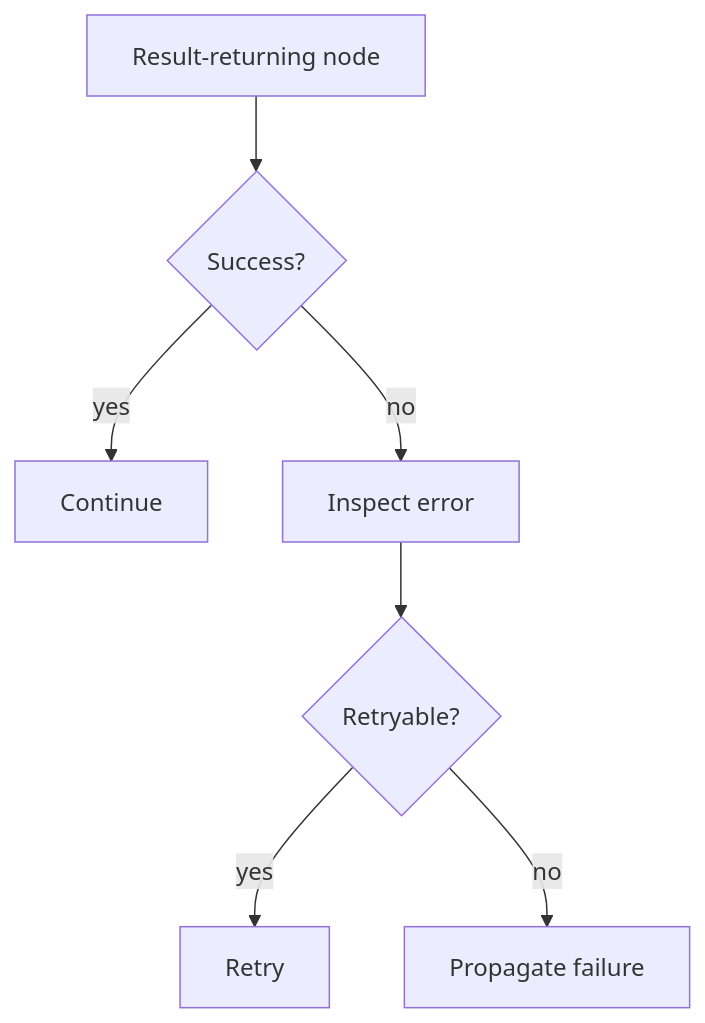
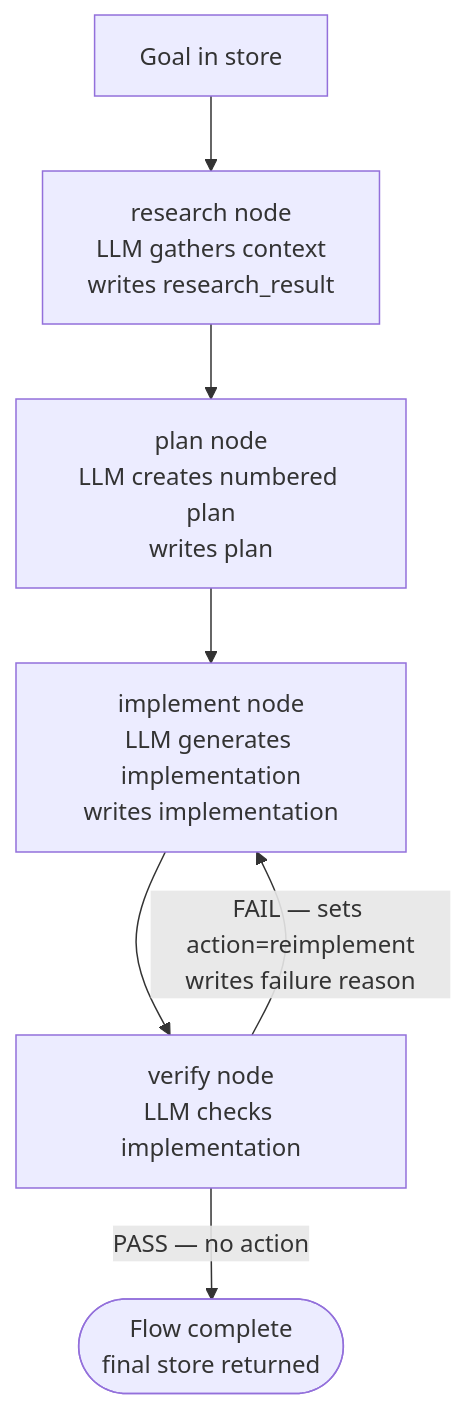
The diagram in examples/RPI.md (EzekTec-Inc/AgentFlow), drawn with Mermaid before and after one commit. The commit also changed other lines of this file and 14 other files, not shown here.

````diff
--- a/examples/RPI.md
+++ b/examples/RPI.md
@@ -21,9 +20,9 @@
 ```mermaid
 flowchart TD
-    A[Result-returning node] --> B{Success?}
-    B -->|yes| C[Continue]
-    B -->|no| D[Inspect error]
-    D --> E{Retryable?}
-    E -->|yes| F[Retry]
-    E -->|no| G[Propagate failure]
+    A[Goal in store] --> B[research node\nLLM gathers context\nwrites research_result]
+    B --> C[plan node\nLLM creates numbered plan\nwrites plan]
+    C --> D[implement node\nLLM generates implementation\nwrites implementation]
+    D --> E[verify node\nLLM checks implementation]
+    E -->|PASS — no action| F([Flow complete\nfinal store returned])
+    E -->|FAIL — sets action=reimplement\nwrites failure reason| D
 ```
````
